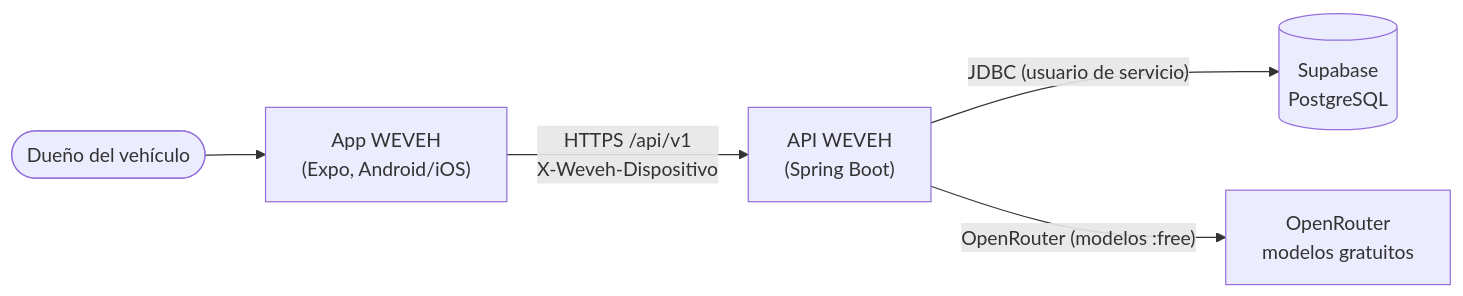
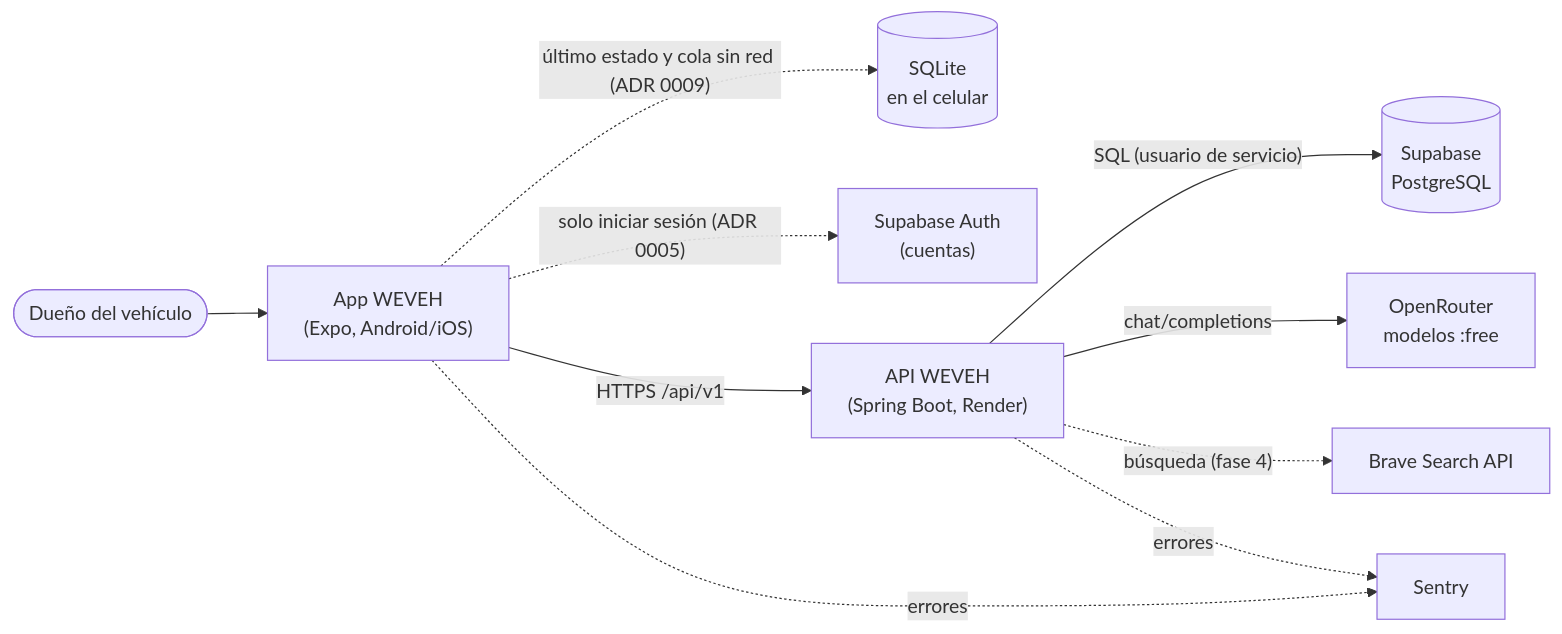
One commit to PaLuRoBu0809/WEVEH-CAR-ASSISTANT changed the first of 4 diagrams in docs/arquitectura.md. Above: the diagram before and after it, drawn with Mermaid. The commit also changed other lines of this file and 2 other files, not shown here.

First line of the commit message:
docs: arquitectura con presente y futuro separados, modelo de datos y contrato de la API

````diff
--- a/docs/arquitectura.md
+++ b/docs/arquitectura.md
@@ -7,12 +13,21 @@
 ```mermaid
 flowchart LR
   U(["Dueño del vehículo"])
   APP["App WEVEH<br/>(Expo, Android/iOS)"]
-  API["API WEVEH<br/>(Spring Boot)"]
+  SQL[("SQLite<br/>en el celular")]
+  AUTH["Supabase Auth<br/>(cuentas)"]
+  API["API WEVEH<br/>(Spring Boot, Render)"]
   DB[("Supabase<br/>PostgreSQL")]
-  IA["OpenRouter<br/>modelos gratuitos"]
+  IA["OpenRouter<br/>modelos :free"]
+  WEB["Brave Search API"]
+  SEN["Sentry"]
   U --> APP
-  APP -- "HTTPS /api/v1<br/>X-Weveh-Dispositivo" --> API
-  API -- "JDBC (usuario de servicio)" --> DB
-  API -- "OpenRouter (modelos :free)" --> IA
+  APP -. "último estado y cola sin red (ADR 0009)" .-> SQL
+  APP -. "solo iniciar sesión (ADR 0005)" .-> AUTH
+  APP -- "HTTPS /api/v1" --> API
+  API -- "SQL (usuario de servicio)" --> DB
+  API -- "chat/completions" --> IA
+  API -. "búsqueda (fase 4)" .-> WEB
+  API -. "errores" .-> SEN
+  APP -. "errores" .-> SEN
 ```
````
